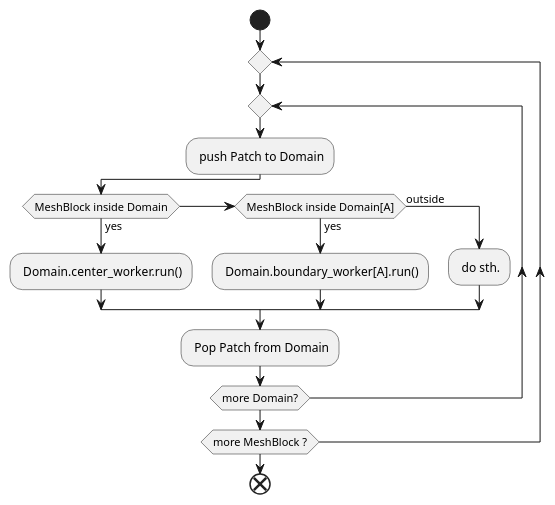
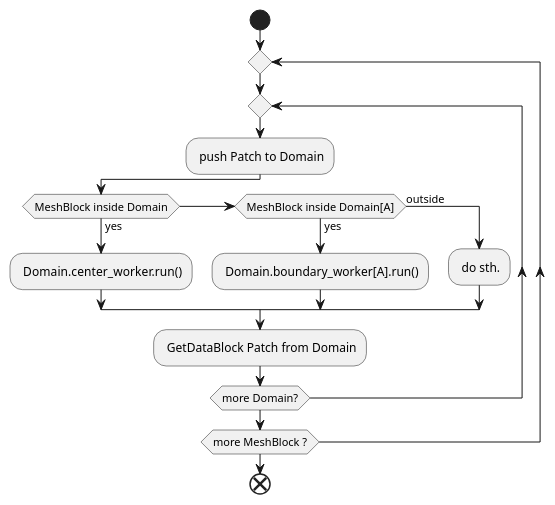
The second of 5 diagrams in src/simpla/engine/engine.puml (simpla-fusion/SimPla), drawn with PlantUML before and after one commit. The commit also changed other lines of this file and 13 other files, not shown here.

```diff
--- a/src/simpla/engine/engine.puml
+++ b/src/simpla/engine/engine.puml
@@ -164,17 +164,17 @@
  @startuml
  start
  repeat
   repeat
       : push Patch to Domain;
     if (MeshBlock inside Domain) then (yes)
       : Domain.center_worker.run();
     elseif (MeshBlock inside Domain[A]) then (yes)
       : Domain.boundary_worker[A].run();
     else (outside)
       : do sth.;
     endif
-      : Pop Patch from Domain;
+      : GetDataBlock Patch from Domain;
   repeat while (more Domain?)
  repeat while (more MeshBlock ?)
  end
  @enduml
```
